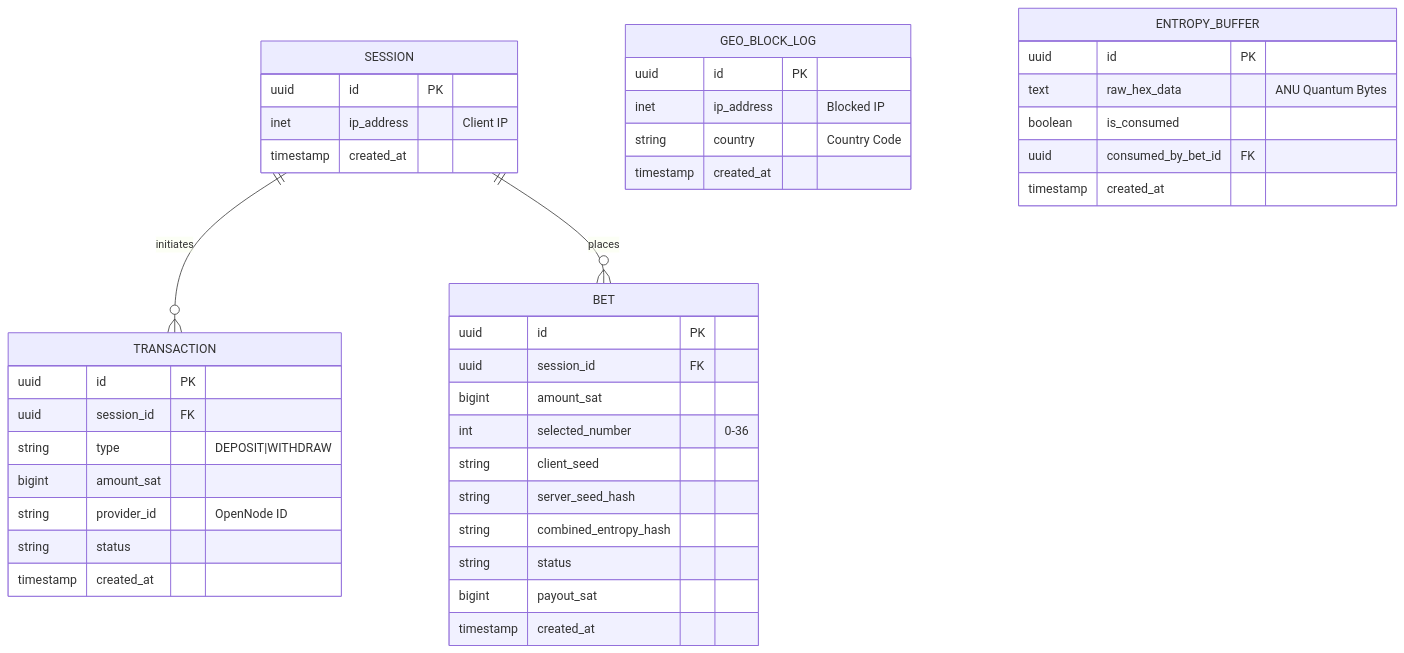
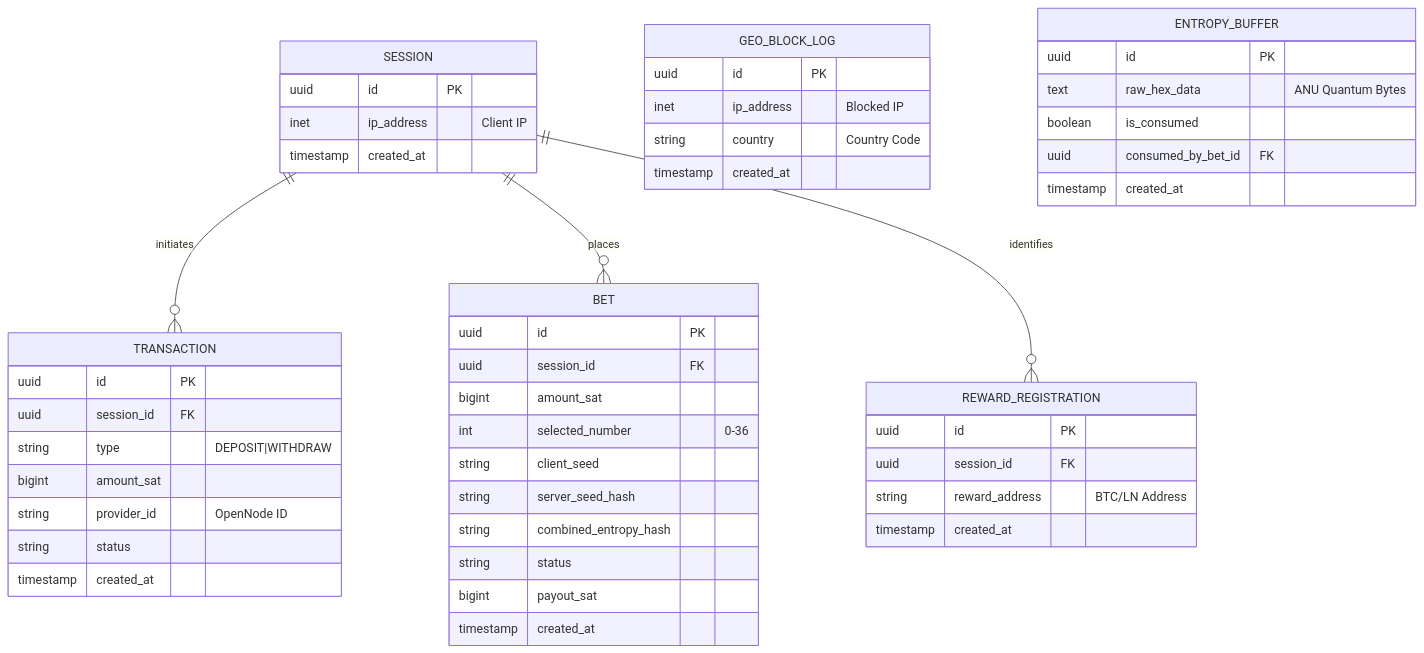
The diagram in docs/03-Database/Database_Schema.md (Rayo2010x/quantum-btc-backend), drawn with Mermaid before and after one commit. The commit also changed other lines of this file and 4 other files, not shown here.

Commit message:
feat: Add initial project documentation including technical manual, database schema, API specification, and campaign details.

````diff
--- a/docs/03-Database/Database_Schema.md
+++ b/docs/03-Database/Database_Schema.md
@@ -10,47 +10,55 @@
 ```mermaid
 erDiagram
     SESSION ||--o{ TRANSACTION : initiates
     SESSION ||--o{ BET : places
+    SESSION ||--o{ REWARD_REGISTRATION : identifies
     GEO_BLOCK_LOG {
         uuid id PK
         inet ip_address "Blocked IP"
         string country "Country Code"
         timestamp created_at
     }
     SESSION {
         uuid id PK
         inet ip_address "Client IP"
         timestamp created_at
     }
 
     TRANSACTION {
         uuid id PK
         uuid session_id FK
         string type "DEPOSIT|WITHDRAW"
         bigint amount_sat
         string provider_id "OpenNode ID"
         string status
         timestamp created_at
     }
 
     BET {
         uuid id PK
         uuid session_id FK
         bigint amount_sat
         int selected_number "0-36"
         string client_seed
         string server_seed_hash
         string combined_entropy_hash
         string status
         bigint payout_sat
         timestamp created_at
     }
 
     ENTROPY_BUFFER {
         uuid id PK
         text raw_hex_data "ANU Quantum Bytes"
         boolean is_consumed
         uuid consumed_by_bet_id FK
         timestamp created_at
     }
+    
+    REWARD_REGISTRATION {
+        uuid id PK
+        uuid session_id FK
+        string reward_address "BTC/LN Address"
+        timestamp created_at
+    }
 ```
````
